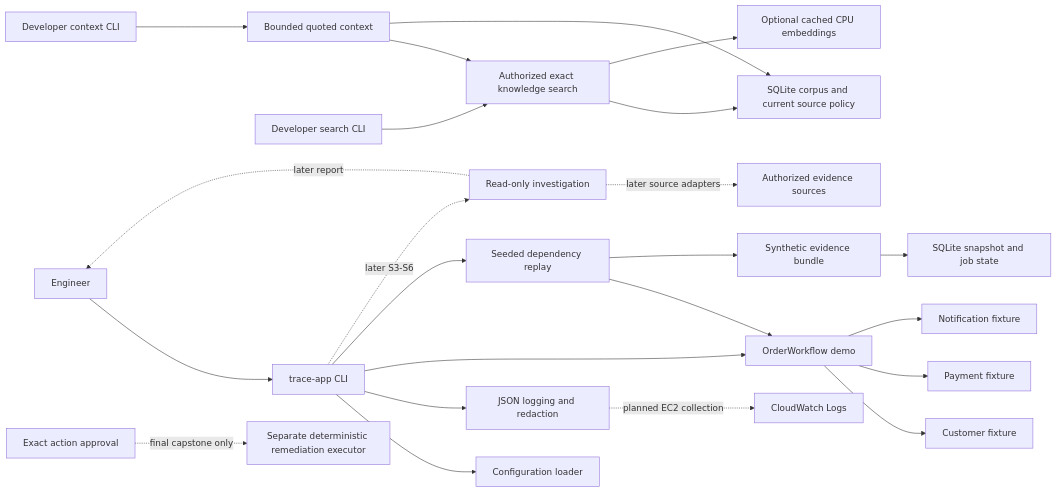
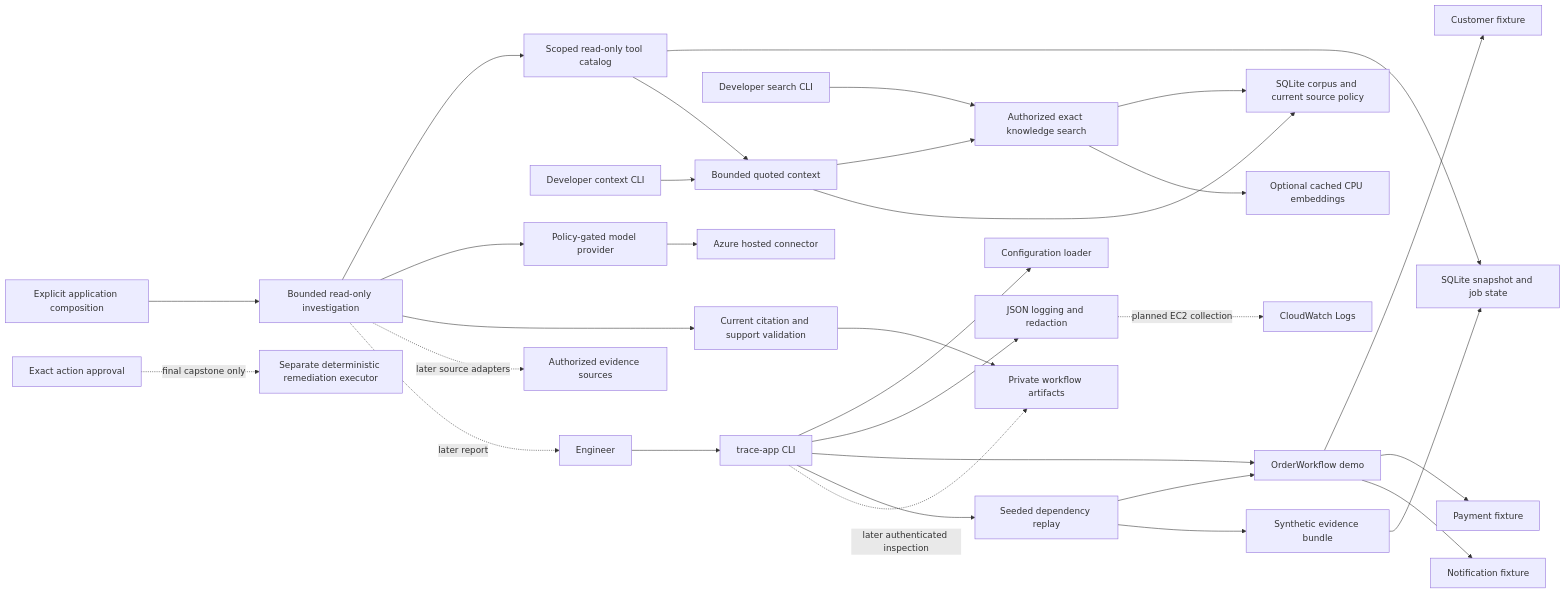
The diagram in docs/architecture/README.md (krispykrits/TRACE), drawn with Mermaid before and after one commit. The commit also changed other lines of this file and 33 other files, not shown here.

Commit message:
Implement bounded evidence-first investigation workflow for #37

````diff
--- a/docs/architecture/README.md
+++ b/docs/architecture/README.md
@@ -7,25 +7,33 @@
 ```mermaid
 flowchart LR
     User[Engineer] --> CLI[trace-app CLI]
     CLI --> Config[Configuration loader]
     CLI --> Log[JSON logging and redaction]
     CLI --> Demo[OrderWorkflow demo]
     CLI --> Replay[Seeded dependency replay]
     Replay --> Demo
     Replay --> Evidence[Synthetic evidence bundle]
     Evidence --> Store[SQLite snapshot and job state]
     Demo --> Customer[Customer fixture]
     Demo --> Payment[Payment fixture]
     Demo --> Notification[Notification fixture]
     SearchDemo[Developer search CLI] --> Search[Authorized exact knowledge search]
     Search --> Corpus[SQLite corpus and current source policy]
     Search --> Encoder[Optional cached CPU embeddings]
     ContextDemo[Developer context CLI] --> Context[Bounded quoted context]
     Context --> Search
     Context --> Corpus
     Log -. planned EC2 collection .-> CW[CloudWatch Logs]
-    CLI -. later S3-S6 .-> Investigation[Read-only investigation]
+    Composition[Explicit application composition] --> Investigation[Bounded read-only investigation]
+    Investigation --> Tools[Scoped read-only tool catalog]
+    Tools --> Store
+    Tools --> Context
+    Investigation --> Provider[Policy-gated model provider]
+    Provider --> Azure[Azure hosted connector]
+    Investigation --> Assessment[Current citation and support validation]
+    Assessment --> Private[Private workflow artifacts]
+    CLI -. later authenticated inspection .-> Private
     Investigation -. later source adapters .-> Sources[Authorized evidence sources]
     Investigation -. later report .-> User
     Approved[Exact action approval] -. final capstone only .-> Executor[Separate deterministic remediation executor]
 ```
````
